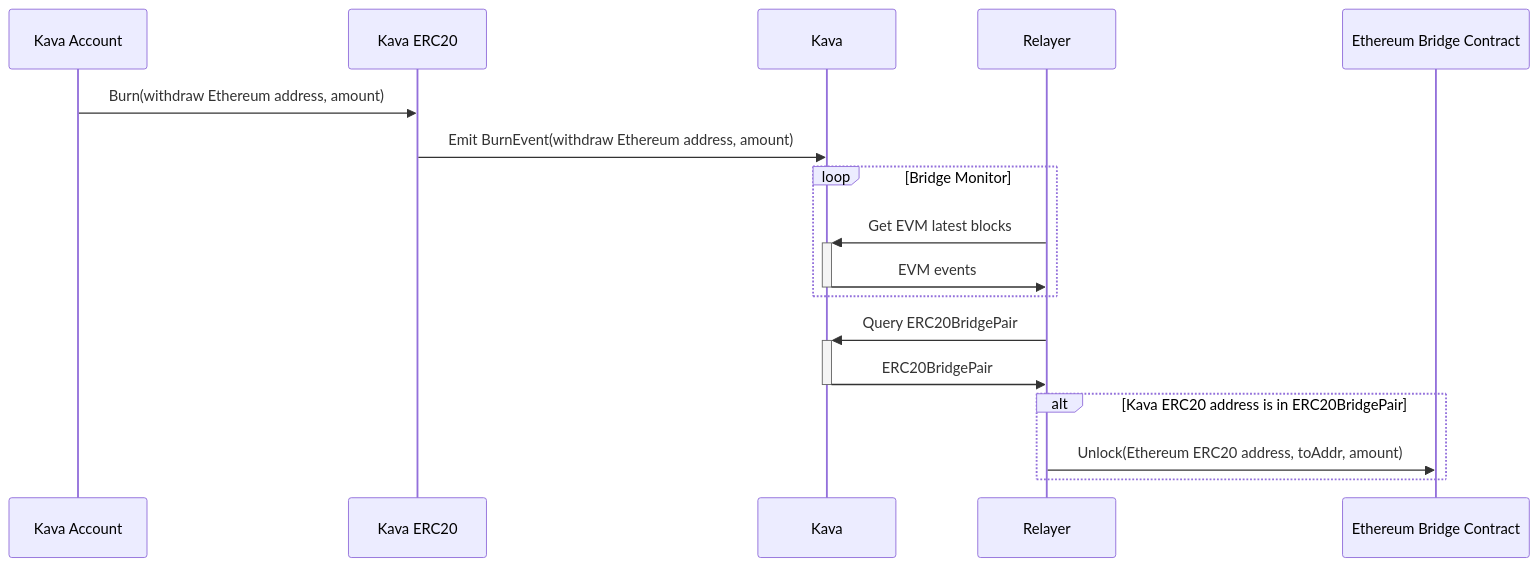
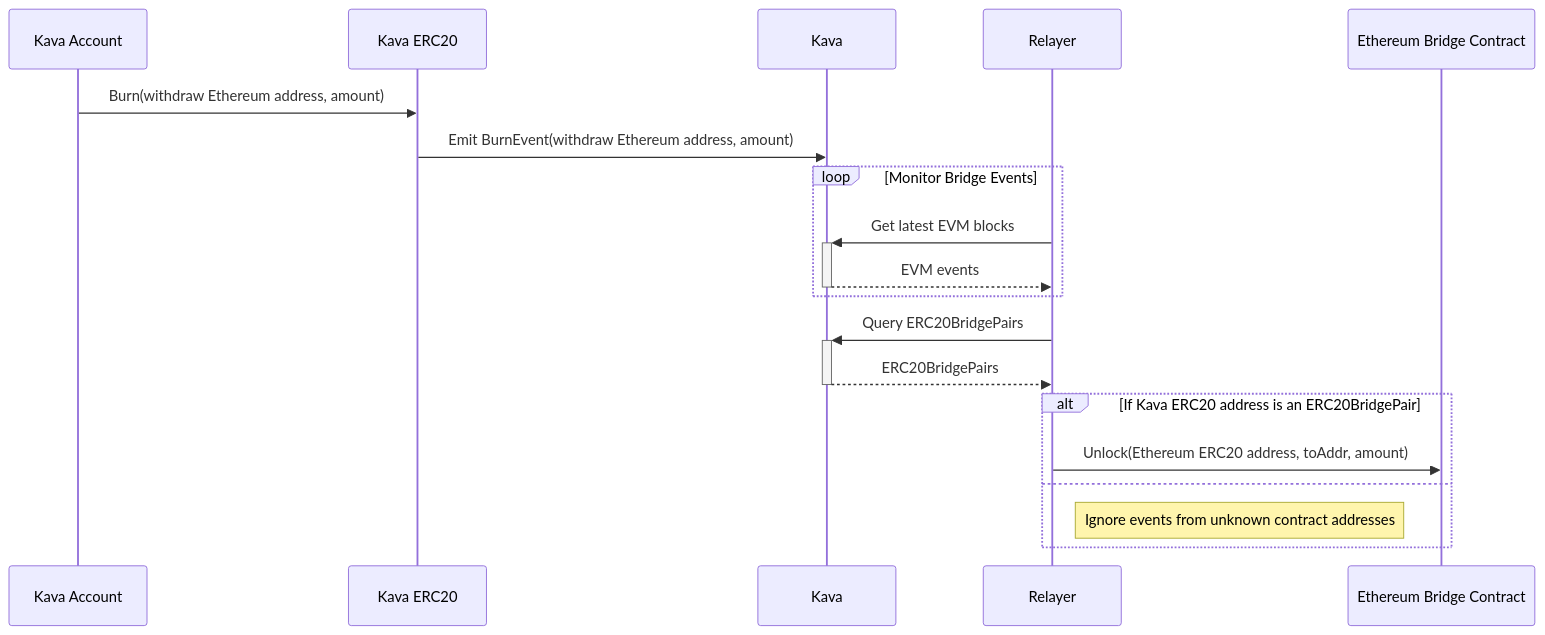
Before and after one commit to Kava-Labs/kava-bridge: the second of 2 diagrams in x/bridge/spec/01_concepts.md, drawn with Mermaid. The commit also changed other lines of this file, not shown here.

Commit message:
Update diagram

````diff
--- a/x/bridge/spec/01_concepts.md
+++ b/x/bridge/spec/01_concepts.md
@@ -97,21 +96,23 @@
 ```mermaid
 sequenceDiagram
     participant acc as Kava Account
     participant KRC20 as Kava ERC20
     participant K as Kava
     participant R as Relayer
     participant B as Ethereum Bridge Contract
     acc->>KRC20: Burn(withdraw Ethereum address, amount)
     KRC20->>K: Emit BurnEvent(withdraw Ethereum address, amount)
 
-    loop Bridge Monitor
-        R->>+K: Get EVM latest blocks
-        K->>-R: EVM events
+    loop Monitor Bridge Events
+        R->>+K: Get latest EVM blocks
+        K-->>-R: EVM events
     end
 
-    R->>+K: Query ERC20BridgePair
-    K->>-R: ERC20BridgePair
-    alt Kava ERC20 address is in ERC20BridgePair
+    R->>+K: Query ERC20BridgePairs
+    K-->>-R: ERC20BridgePairs
+    alt If Kava ERC20 address is an ERC20BridgePair
         R->>B: Unlock(Ethereum ERC20 address, toAddr, amount)
+    else
+        Note right of R: Ignore events from unknown contract addresses
     end
 ```
````
